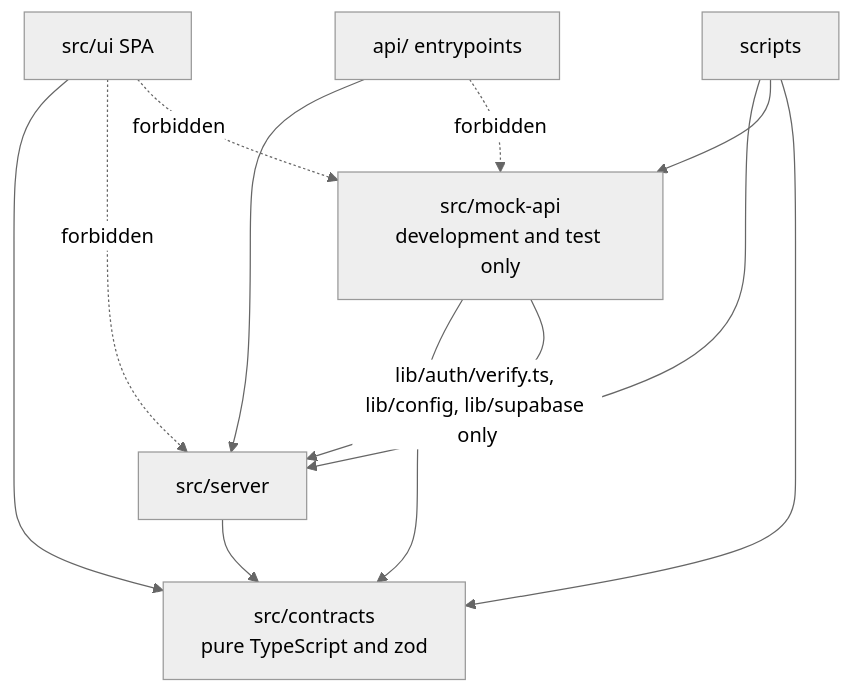
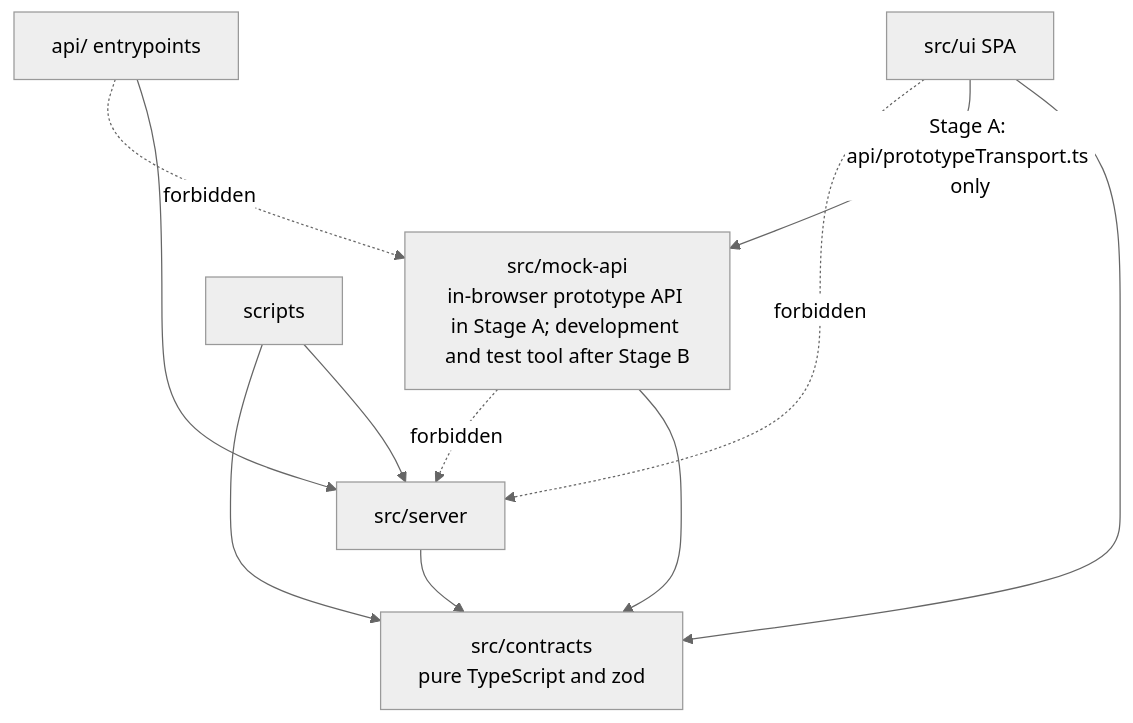
The seventh of 8 diagrams in docs/technical/02-architecture.md (wemaketools/tenderiq), drawn with Mermaid (neutral theme) before and after one commit. The commit also changed other lines of this file and 157 other files, not shown here.

````diff
--- a/docs/technical/02-architecture.md
+++ b/docs/technical/02-architecture.md
@@ -691,21 +697,20 @@
 ```mermaid
 flowchart TB
     UI["src/ui SPA"]
-    MOCKAPI["src/mock-api<br/>development and test only"]
+    MOCKAPI["src/mock-api<br/>in-browser prototype API in Stage A; development and test tool after Stage B"]
     CONTR["src/contracts<br/>pure TypeScript and zod"]
     APIENT["api/ entrypoints"]
     SRV["src/server"]
     SCR["scripts"]
 
     UI --> CONTR
+    UI -->|"Stage A: api/prototypeTransport.ts only"| MOCKAPI
     MOCKAPI --> CONTR
-    MOCKAPI -->|"lib/auth/verify.ts, lib/config, lib/supabase only"| SRV
     SRV --> CONTR
     APIENT --> SRV
     SCR --> SRV
-    SCR --> MOCKAPI
     SCR --> CONTR
     UI -.->|"forbidden"| SRV
-    UI -.->|"forbidden"| MOCKAPI
+    MOCKAPI -.->|"forbidden"| SRV
     APIENT -.->|"forbidden"| MOCKAPI
 ```
````
